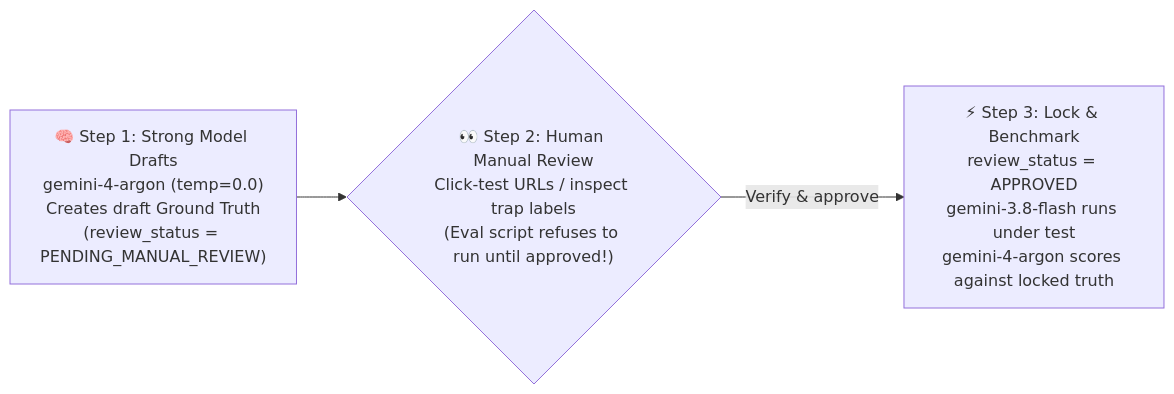
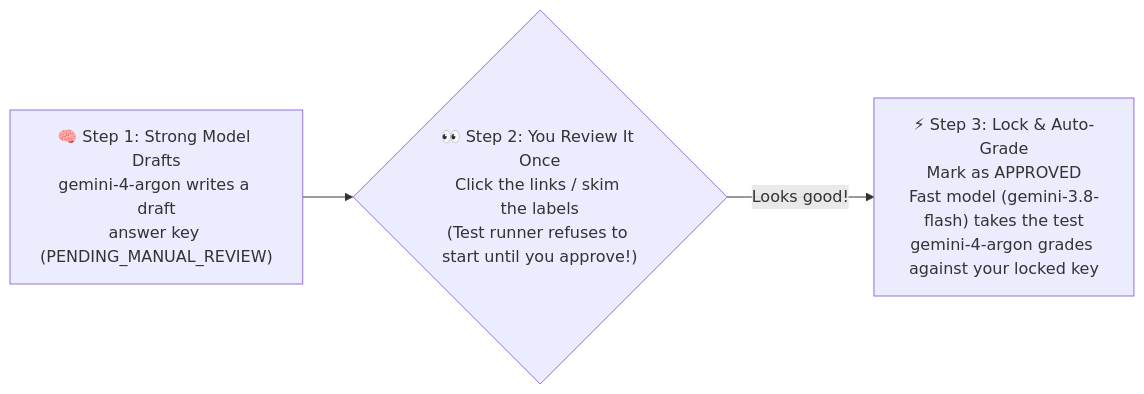
One commit to jason-haha-69135/boss-zhipin-crawler changed the diagram in tutorials/en/05-eval-driven-flywheel-and-dashboard.md. Above: the diagram before and after it, drawn with Mermaid. The commit also changed other lines of this file and 14 other files, not shown here.

````diff
--- a/tutorials/en/05-eval-driven-flywheel-and-dashboard.md
+++ b/tutorials/en/05-eval-driven-flywheel-and-dashboard.md
@@ -36,9 +36,9 @@
 ```mermaid
 flowchart LR
-    Draft["🧠 Step 1: Strong Model Drafts\ngemini-4-argon (temp=0.0)\nCreates draft Ground Truth\n(review_status = PENDING_MANUAL_REVIEW)"]
-    Gate{"👀 Step 2: Human Manual Review\nClick-test URLs / inspect trap labels\n(Eval script refuses to run until approved!)"}
-    Run["⚡ Step 3: Lock & Benchmark\nreview_status = APPROVED\ngemini-3.8-flash runs under test\ngemini-4-argon scores against locked truth"]
+    Draft["🧠 Step 1: Strong Model Drafts\ngemini-4-argon writes a draft\nanswer key (PENDING_MANUAL_REVIEW)"]
+    Review{"👀 Step 2: You Review It Once\nClick the links / skim the labels\n(Test runner refuses to start until you approve!)"}
+    Grade["⚡ Step 3: Lock & Auto-Grade\nMark as APPROVED\nFast model (gemini-3.8-flash) takes the test\ngemini-4-argon grades against your locked key"]
 
-    Draft --> Gate
-    Gate -->|"Verify & approve"| Run
+    Draft --> Review
+    Review -->|"Looks good!"| Grade
 ```
````
